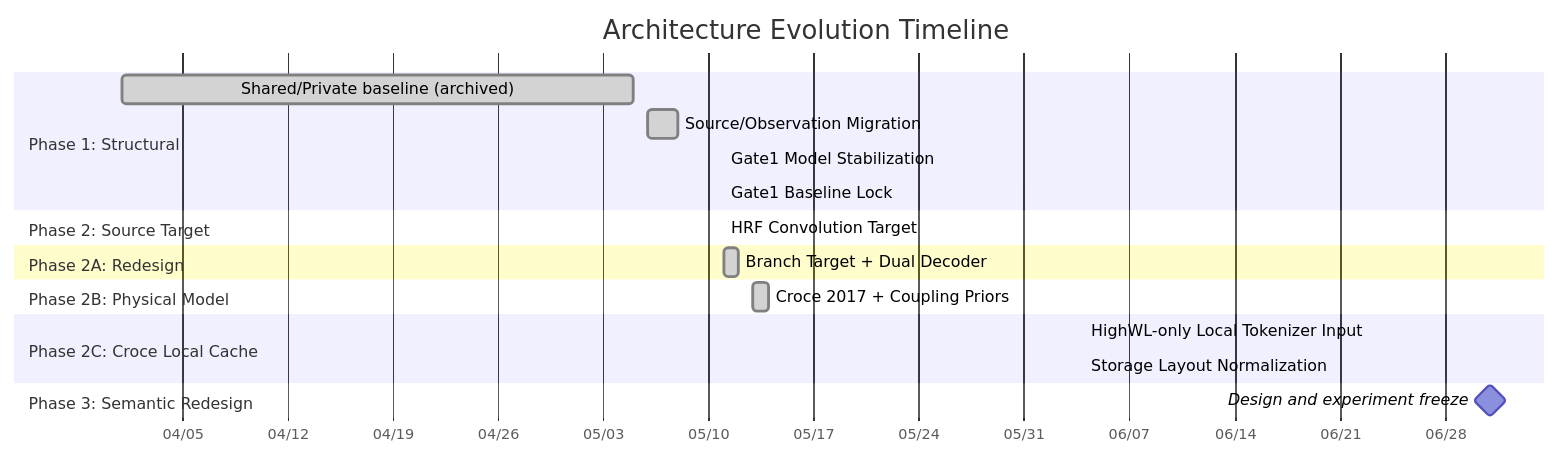
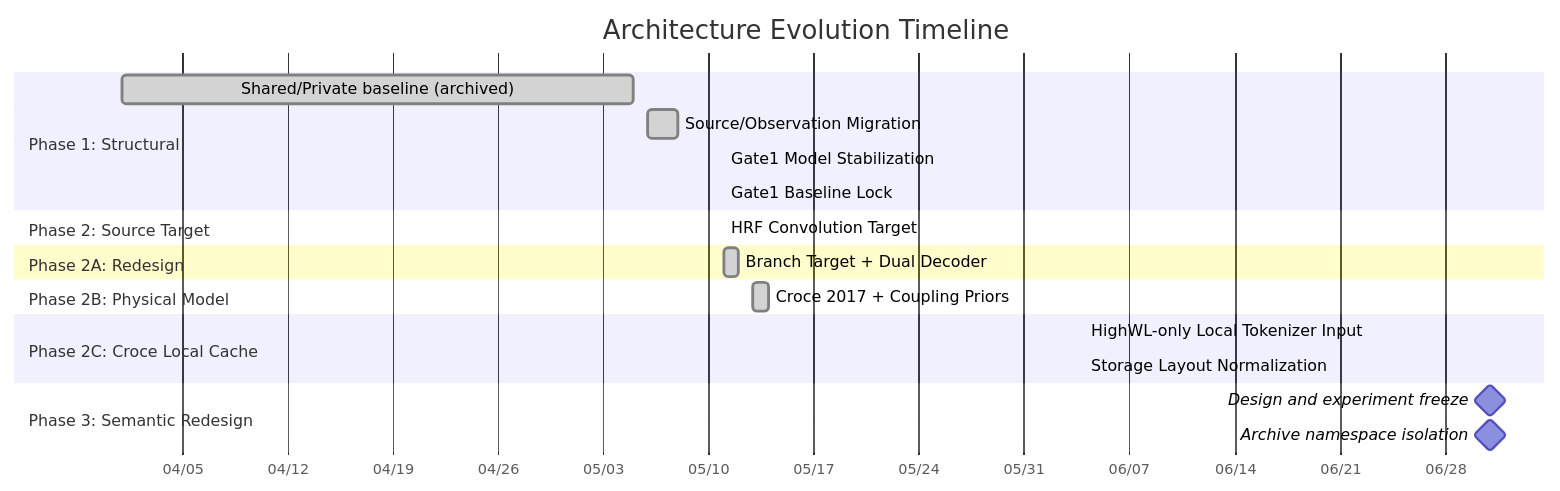
One commit to Kevin65536/PID-MCM changed the diagram in docs/architecture_changelog/INDEX.md. Above: the diagram before and after it, drawn with Mermaid. The commit also changed other lines of this file and 39 other files, not shown here.

````diff
--- a/docs/architecture_changelog/INDEX.md
+++ b/docs/architecture_changelog/INDEX.md
@@ -12,24 +12,25 @@
 ```mermaid
 gantt
     accTitle: Architecture evolution timeline
     accDescr: The source observation lineage is complete through the Croce local runtime, followed by a planned physiology semantic tokenizer redesign.
     title Architecture Evolution Timeline
     dateFormat  YYYY-MM-DD
     axisFormat  %m/%d
     section Phase 1: Structural
         Shared/Private baseline (archived) :done, 2026-04-01, 2026-05-05
         Source/Observation Migration      :done, 2026-05-06, 2026-05-08
         Gate1 Model Stabilization         :done, 2026-05-11, 2026-05-11
         Gate1 Baseline Lock               :done, 2026-05-11, 2026-05-11
     section Phase 2: Source Target
         HRF Convolution Target            :done, 2026-05-11, 2026-05-11
     section Phase 2A: Redesign
         Branch Target + Dual Decoder      :done, 2026-05-11, 2026-05-12
     section Phase 2B: Physical Model
         Croce 2017 + Coupling Priors      :done, 2026-05-13, 2026-05-14
     section Phase 2C: Croce Local Cache
         HighWL-only Local Tokenizer Input :done, 2026-06-04, 2026-06-04
         Storage Layout Normalization      :done, 2026-06-04, 2026-06-04
     section Phase 3: Semantic Redesign
         Design and experiment freeze      :milestone, 2026-07-01, 0d
+        Archive namespace isolation       :milestone, 2026-07-01, 0d
 ```
````
